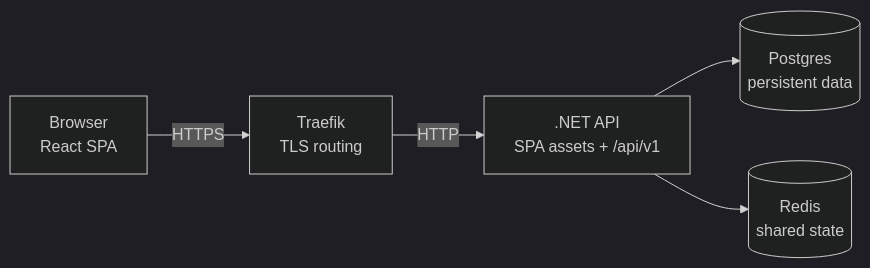
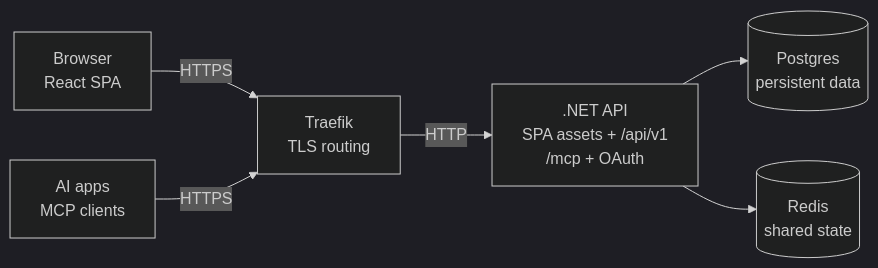
One commit to mforce/cluckwork changed the first of 7 diagrams in docs/architecture.md. Above: the diagram before and after it, drawn with Mermaid (dark theme). The commit also changed other lines of this file, not shown here.

First line of the commit message:
docs: add the MCP and OAuth steps to the architecture diagrams

````diff
--- a/docs/architecture.md
+++ b/docs/architecture.md
@@ -13,7 +13,8 @@
 ```mermaid
 flowchart LR
     browser["Browser<br/>React SPA"] -->|HTTPS| proxy["Traefik<br/>TLS routing"]
-    proxy -->|HTTP| api[".NET API<br/>SPA assets + /api/v1"]
+    apps["AI apps<br/>MCP clients"] -->|HTTPS| proxy
+    proxy -->|HTTP| api[".NET API<br/>SPA assets + /api/v1<br/>/mcp + OAuth"]
     api --> db[("Postgres<br/>persistent data")]
     api --> redis[("Redis<br/>shared state")]
 ```
````
